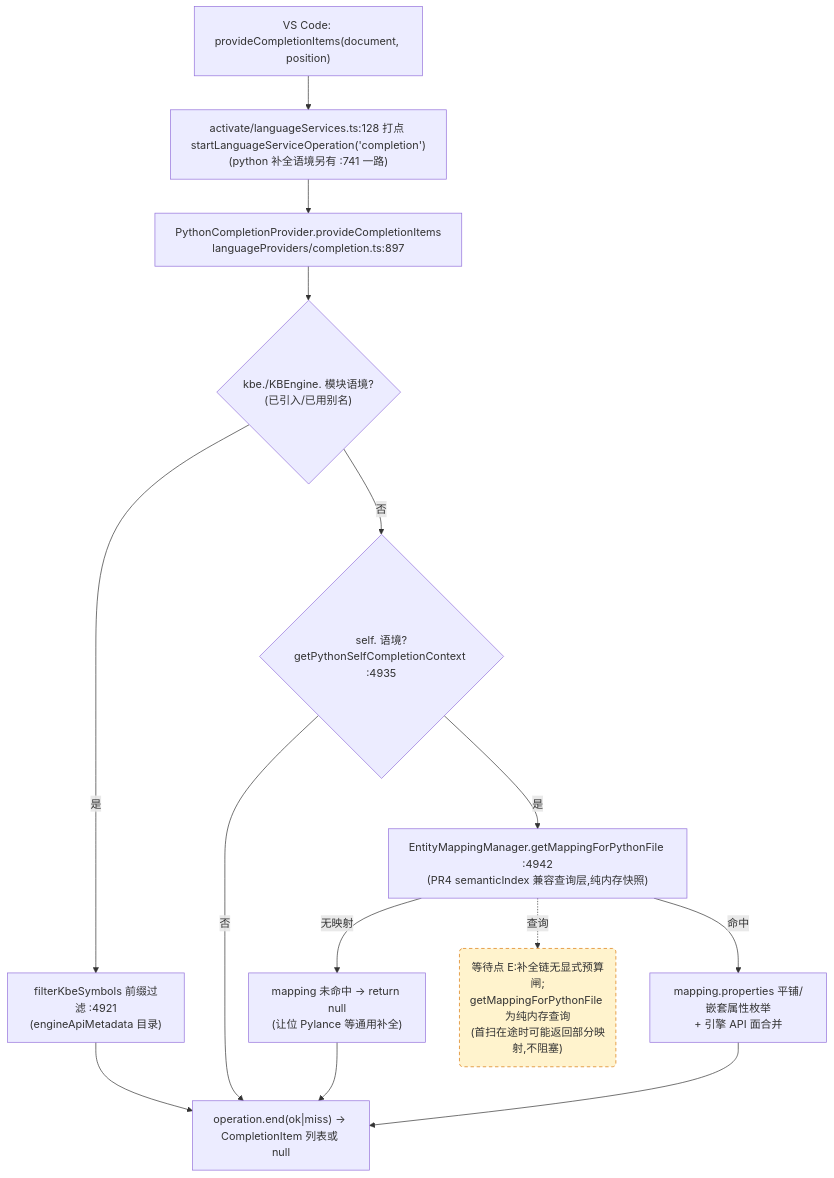
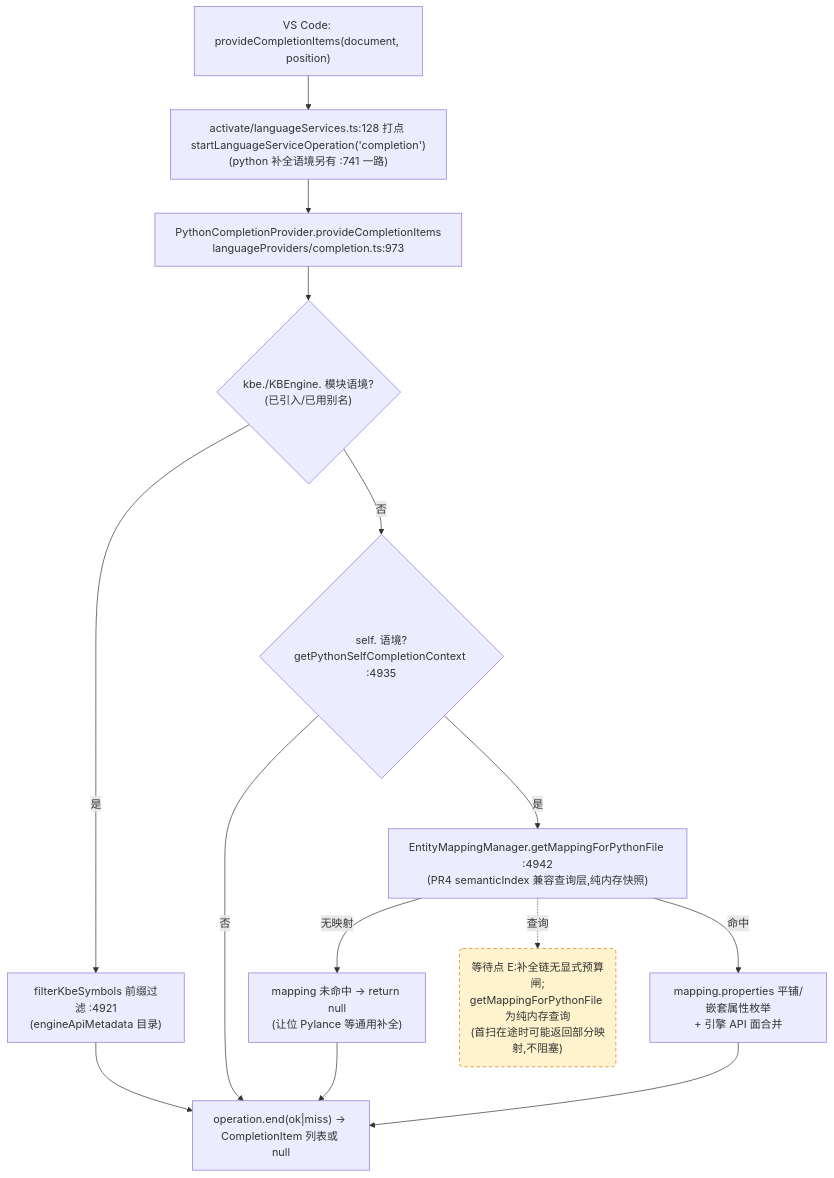
One commit to cuihairu/kode changed the third of 4 diagrams in docs/perf/2026-baseline.md. Above: the diagram before and after it, drawn with Mermaid. The commit also changed other lines of this file and 6 other files, not shown here.

````diff
--- a/docs/perf/2026-baseline.md
+++ b/docs/perf/2026-baseline.md
@@ -190,27 +191,27 @@
 ```mermaid
 flowchart TD
   VC3["VS Code: provideCompletionItems(document, position)"]
   M3["activate/languageServices.ts:128 打点 startLanguageServiceOperation('completion')<br/>(python 补全语境另有 :741 一路)"]
-  CP["PythonCompletionProvider.provideCompletionItems<br/>languageProviders/completion.ts:897"]
+  CP["PythonCompletionProvider.provideCompletionItems<br/>languageProviders/completion.ts:973"]
   KBEC{"kbe./KBEngine. 模块语境?<br/>(已引入/已用别名)"}
   FILTER["filterKbeSymbols 前缀过滤 :4921<br/>(engineApiMetadata 目录)"]
   SELFC{"self. 语境?<br/>getPythonSelfCompletionContext :4935"}
   MAP["EntityMappingManager.getMappingForPythonFile :4942<br/>(PR4 semanticIndex 兼容查询层,纯内存快照)"]
   NOMAP["mapping 未命中 → return null<br/>(让位 Pylance 等通用补全)"]
   PROPS["mapping.properties 平铺/嵌套属性枚举<br/>+ 引擎 API 面合并"]
   END3["operation.end(ok|miss) → CompletionItem 列表或 null"]
 
   VC3 --> M3 --> CP --> KBEC
   KBEC -- "是" --> FILTER --> END3
   KBEC -- "否" --> SELFC
   SELFC -- "否" --> END3
   SELFC -- "是" --> MAP
   MAP -- "无映射" --> NOMAP --> END3
   MAP -- "命中" --> PROPS --> END3
 
   WAITE("等待点 E:补全链无显式预算闸;<br/>getMappingForPythonFile 为纯内存查询<br/>(首扫在途时可能返回部分映射,不阻塞)")
   MAP -.->|查询| WAITE
 
   classDef waitPoint fill:#fff3cd,stroke:#d97706,stroke-dasharray:5 4;
   class WAITE waitPoint;
 ```
````
